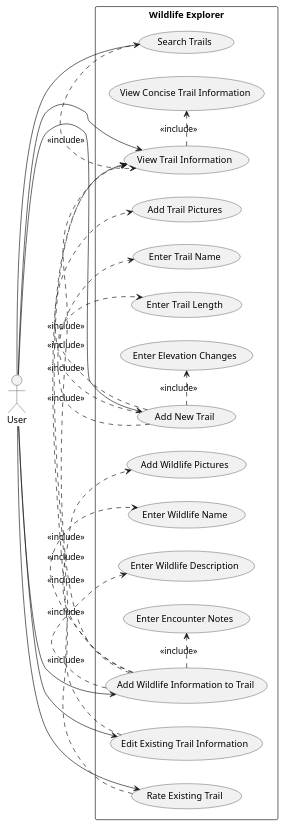
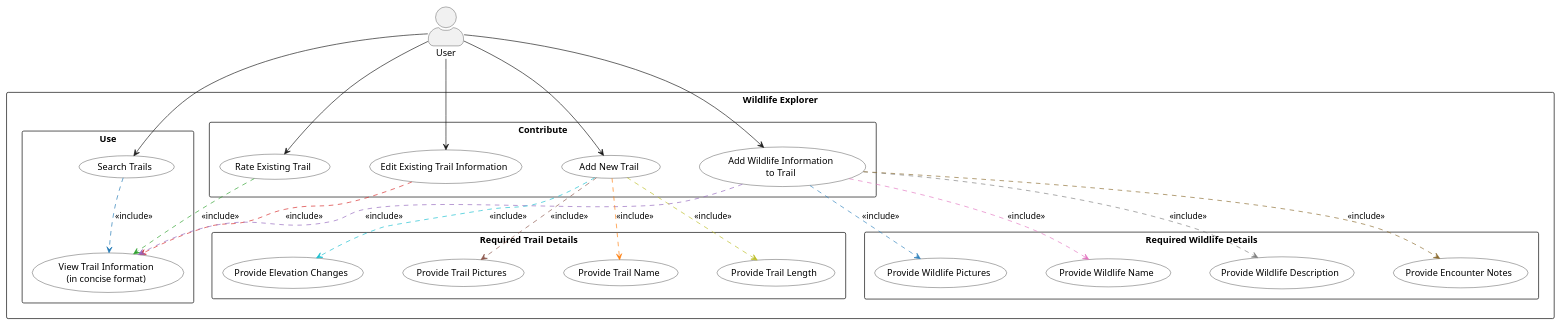
One commit to milelime/Wildlife-Explorer changed the diagram in uml-diagrams/usecase.puml. Above: the diagram before and after it, drawn with PlantUML. The commit also changed 1 other file, not shown here.

```diff
--- a/uml-diagrams/usecase.puml
+++ b/uml-diagrams/usecase.puml
@@ -1,52 +1,72 @@
 @startuml
-left to right direction
+top to bottom direction
+skinparam shadowing false
 skinparam packageStyle rectangle
+skinparam actorStyle awesome
+skinparam ranksep 70
+skinparam nodesep 60
+skinparam DefaultTextAlignment center
+
+skinparam usecase {
+  BackgroundColor white
+  BorderColor black
+}
+
+skinparam rectangle {
+  BackgroundColor white
+  BorderColor black
+}
 
 actor User
 
 rectangle "Wildlife Explorer" {
-  usecase "Search Trails" as UC_Search
-  usecase "View Trail Information" as UC_View
-  usecase "Add New Trail" as UC_AddTrail
-  usecase "Edit Existing Trail Information" as UC_EditTrail
-  usecase "Rate Existing Trail" as UC_RateTrail
-  usecase "Add Wildlife Information to Trail" as UC_AddWildlife
 
-  usecase "Enter Trail Name" as UC_TrailName
-  usecase "Enter Trail Length" as UC_TrailLength
-  usecase "Enter Elevation Changes" as UC_Elevation
-  usecase "Add Trail Pictures" as UC_TrailPictures
+  package "Use" {
+    usecase "Search Trails" as UC_Search
+    usecase "View Trail Information\n(in concise format)" as UC_View
+  }
 
-  usecase "Enter Wildlife Name" as UC_WildlifeName
-  usecase "Enter Wildlife Description" as UC_WildlifeDesc
-  usecase "Enter Encounter Notes" as UC_EncounterNotes
-  usecase "Add Wildlife Pictures" as UC_WildlifePictures
+  package "Contribute" {
+    usecase "Add New Trail" as UC_AddTrail
+    usecase "Rate Existing Trail" as UC_RateTrail
+    usecase "Edit Existing Trail Information" as UC_EditTrail
+    usecase "Add Wildlife Information\nto Trail" as UC_AddWildlife
+  }
 
-  usecase "View Concise Trail Information" as UC_ConciseView
+  package "Required Trail Details" {
+    usecase "Provide Trail Name" as UC_TrailName
+    usecase "Provide Trail Length" as UC_TrailLength
+    usecase "Provide Elevation Changes" as UC_Elevation
+    usecase "Provide Trail Pictures" as UC_TrailPictures
+  }
+
+  package "Required Wildlife Details" {
+    usecase "Provide Wildlife Name" as UC_WildlifeName
+    usecase "Provide Wildlife Description" as UC_WildlifeDesc
+    usecase "Provide Encounter Notes" as UC_EncounterNotes
+    usecase "Provide Wildlife Pictures" as UC_WildlifePictures
+  }
 }
 
 User --> UC_Search
-User --> UC_View
 User --> UC_AddTrail
+User --> UC_RateTrail
 User --> UC_EditTrail
-User --> UC_RateTrail
 User --> UC_AddWildlife
 
-UC_Search .> UC_View : <<include>>
-UC_View .> UC_ConciseView : <<include>>
+UC_Search .[#1f77b4].> UC_View : <<include>>
+UC_RateTrail .[#2ca02c].> UC_View : <<include>>
+UC_EditTrail .[#d62728].> UC_View : <<include>>
+UC_AddWildlife .[#9467bd].> UC_View : <<include>>
 
-UC_AddTrail .> UC_TrailName : <<include>>
-UC_AddTrail .> UC_TrailLength : <<include>>
-UC_AddTrail .> UC_Elevation : <<include>>
-UC_AddTrail .> UC_TrailPictures : <<include>>
+UC_AddTrail .[#ff7f0e].> UC_TrailName : <<include>>
+UC_AddTrail .[#bcbd22].> UC_TrailLength : <<include>>
+UC_AddTrail .[#17becf].> UC_Elevation : <<include>>
+UC_AddTrail .[#8c564b].> UC_TrailPictures : <<include>>
 
-UC_AddWildlife .> UC_WildlifeName : <<include>>
-UC_AddWildlife .> UC_WildlifeDesc : <<include>>
-UC_AddWildlife .> UC_EncounterNotes : <<include>>
-UC_AddWildlife .> UC_WildlifePictures : <<include>>
-
-UC_EditTrail .> UC_View : <<include>>
-UC_RateTrail .> UC_View : <<include>>
-UC_AddWildlife .> UC_View : <<include>>
+UC_AddWildlife .[#e377c2].> UC_WildlifeName : <<include>>
+UC_AddWildlife .[#7f7f7f].> UC_WildlifeDesc : <<include>>
+UC_AddWildlife .[#8c6d31].> UC_EncounterNotes : <<include>>
+UC_AddWildlife .[#3182bd].> UC_WildlifePictures : <<include>>
 
 @enduml
```
